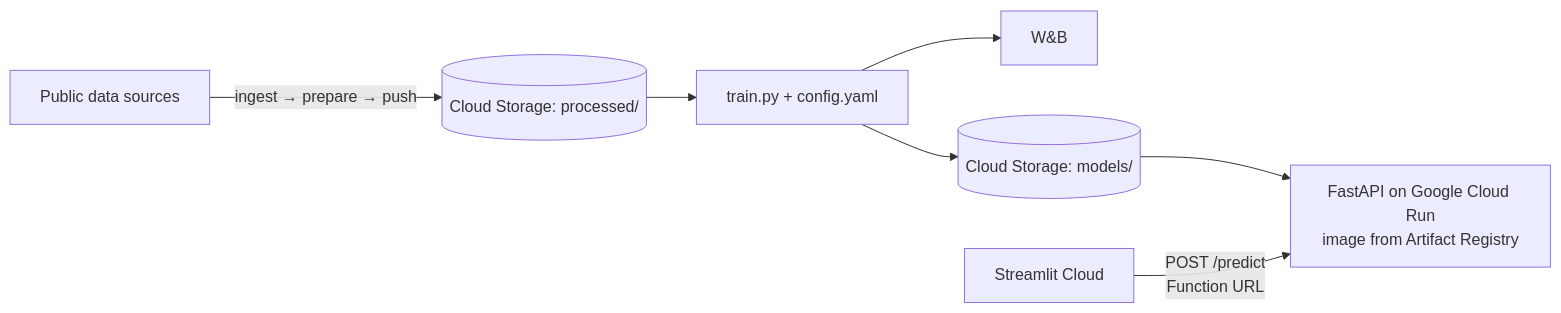
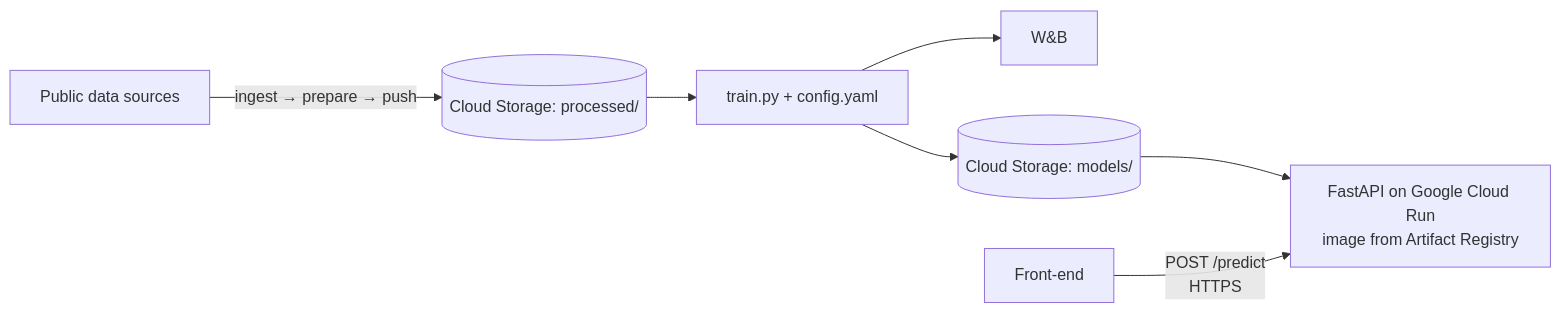
One commit to haydn-s/climate-impact-pipeline changed the diagram in docs/DEVELOPMENT_PLAN.md. Above: the diagram before and after it, drawn with Mermaid. The commit also changed other lines of this file and 1 other file, not shown here.

First line of the commit message:
docs: add the live API and leave the front-end to Jothi

````diff
--- a/docs/DEVELOPMENT_PLAN.md
+++ b/docs/DEVELOPMENT_PLAN.md
@@ -64,9 +64,9 @@
 ```mermaid
 flowchart LR
     SRC[Public data sources] -->|ingest → prepare → push| STORED[(Cloud Storage: processed/)]
     STORED --> TRAIN[train.py + config.yaml]
     TRAIN --> WB[W&B]
     TRAIN --> STOREM[(Cloud Storage: models/)]
     STOREM --> API[FastAPI on Google Cloud Run<br/>image from Artifact Registry]
-    UI[Streamlit Cloud] -->|POST /predict<br/>Function URL| API
+    UI[Front-end] -->|POST /predict<br/>HTTPS| API
 ```
````
